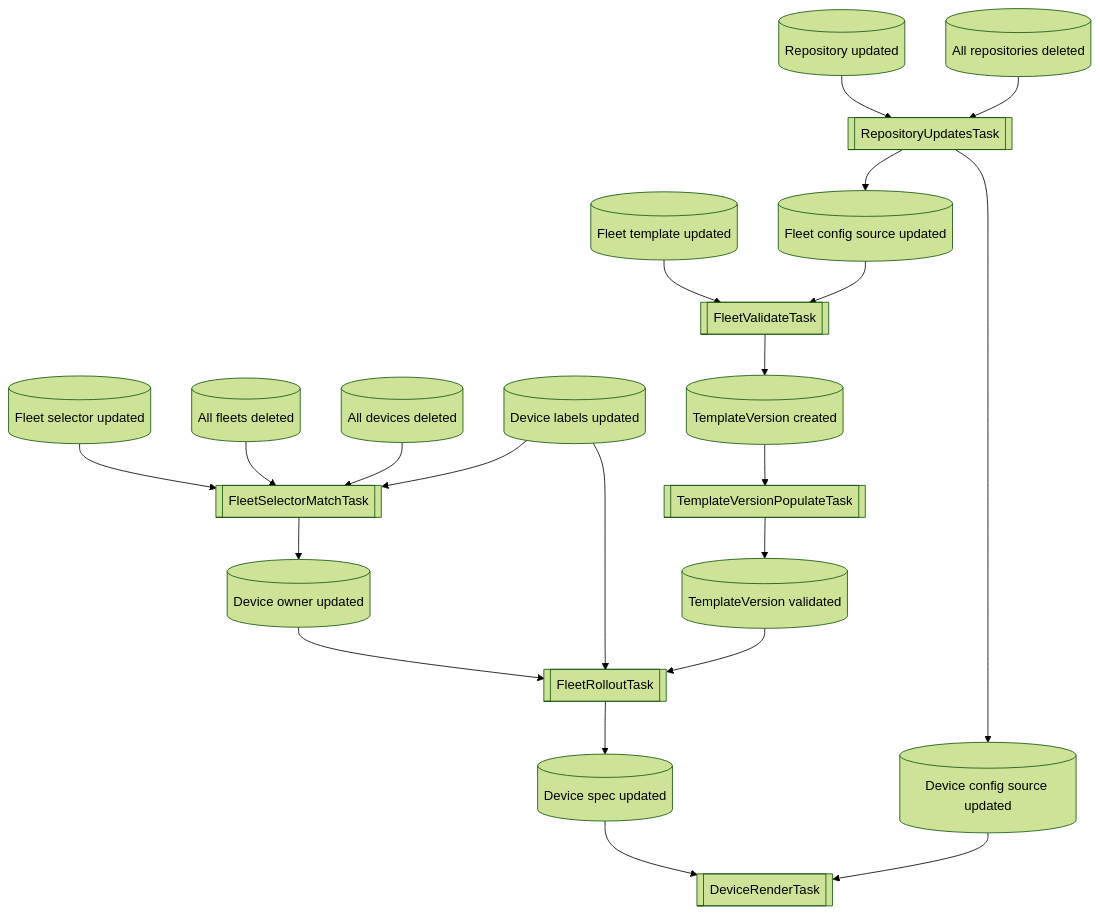
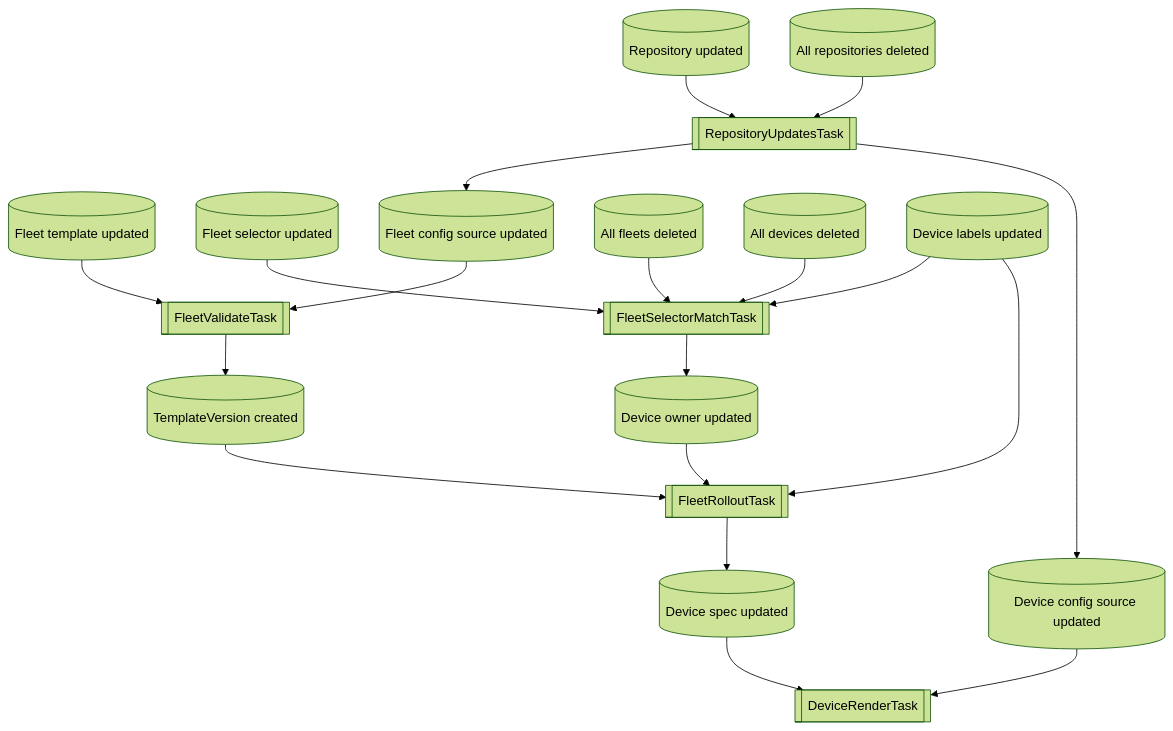
One commit to flightctl/flightctl changed the diagram in docs/developer/architecture/tasks.md. Above: the diagram before and after it, drawn with Mermaid (forest theme). The commit also changed 18 other files, not shown here.

First line of the commit message:
EDM-578: Remove templateversion populate task

````diff
--- a/docs/developer/architecture/tasks.md
+++ b/docs/developer/architecture/tasks.md
@@ -14,24 +14,22 @@
 ```mermaid
 flowchart TD
     FltTemplateUpdated[(Fleet template updated)] --> FleetValidateTask[[FleetValidateTask]]
     FltSelectorUpdated[(Fleet selector updated)] --> FleetSelectorMatchTask[[FleetSelectorMatchTask]]
     FltConfigSourceUpdated[(Fleet config source updated)] --> FleetValidateTask[[FleetValidateTask]]
     RepoUpdated[(Repository updated)] --> RepositoryUpdatesTask[[RepositoryUpdatesTask]]
     ReposDeleted[(All repositories deleted)] --> RepositoryUpdatesTask[[RepositoryUpdatesTask]]
     FleetsDeleted[(All fleets deleted)] --> FleetSelectorMatchTask[[FleetSelectorMatchTask]]
     DevsDeleted[(All devices deleted)] --> FleetSelectorMatchTask[[FleetSelectorMatchTask]]
     DevLabelsUpdated[(Device labels updated)] --> FleetSelectorMatchTask[[FleetSelectorMatchTask]]
     DevSpecUpdated[(Device spec updated)] --> DeviceRenderTask[[DeviceRenderTask]]
     DevConfigSourceUpdated[(Device config source updated)] --> DeviceRenderTask[[DeviceRenderTask]]
-    TemplateVersionCreated[(TemplateVersion created)] --> TemplateVersionPopulateTask[[TemplateVersionPopulateTask]]
-    TemplateVersionValidated[(TemplateVersion validated)] --> FleetRolloutTask[[FleetRolloutTask]]
+    TemplateVersionCreated[(TemplateVersion created)] --> FleetRolloutTask[[FleetRolloutTask]]
     DevLabelsUpdated --> FleetRolloutTask
     DevOwnerUpdated[(Device owner updated)] --> FleetRolloutTask
 
     FleetRolloutTask --> DevSpecUpdated
     FleetSelectorMatchTask --> DevOwnerUpdated
     FleetValidateTask --> TemplateVersionCreated
-    TemplateVersionPopulateTask --> TemplateVersionValidated
     RepositoryUpdatesTask --> FltConfigSourceUpdated
     RepositoryUpdatesTask --> DevConfigSourceUpdated
 ```
````
